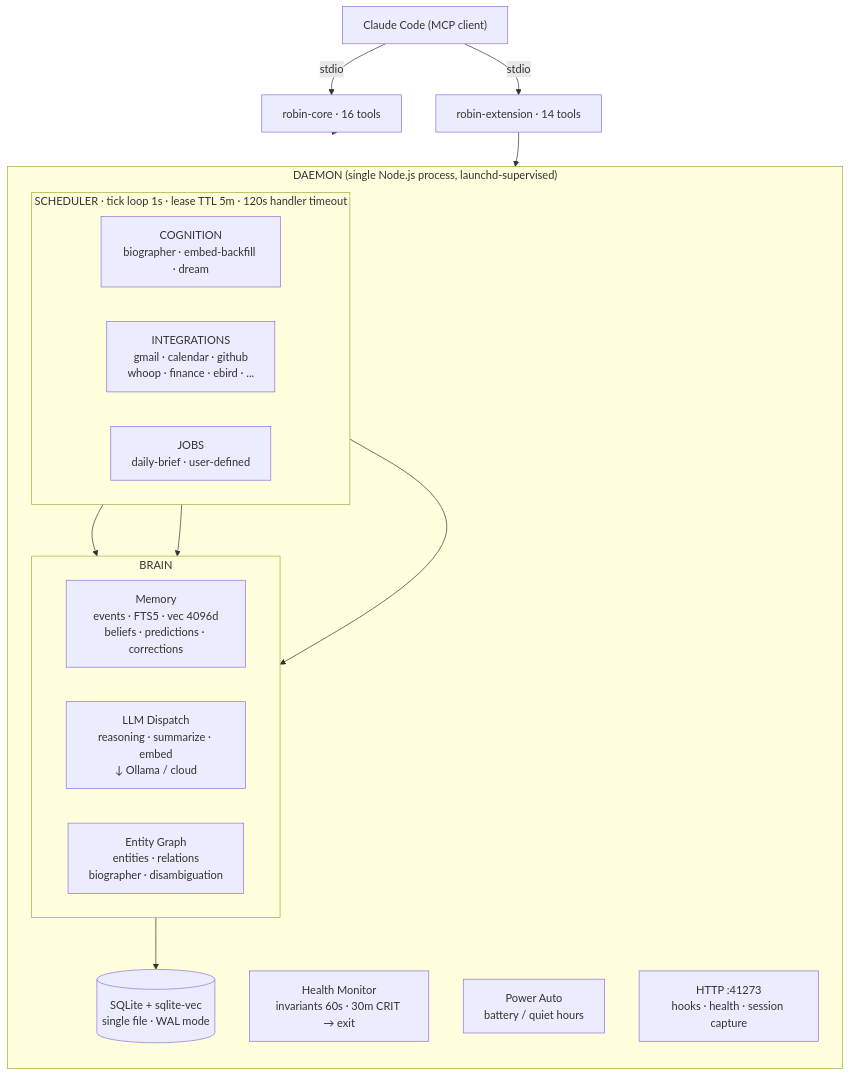
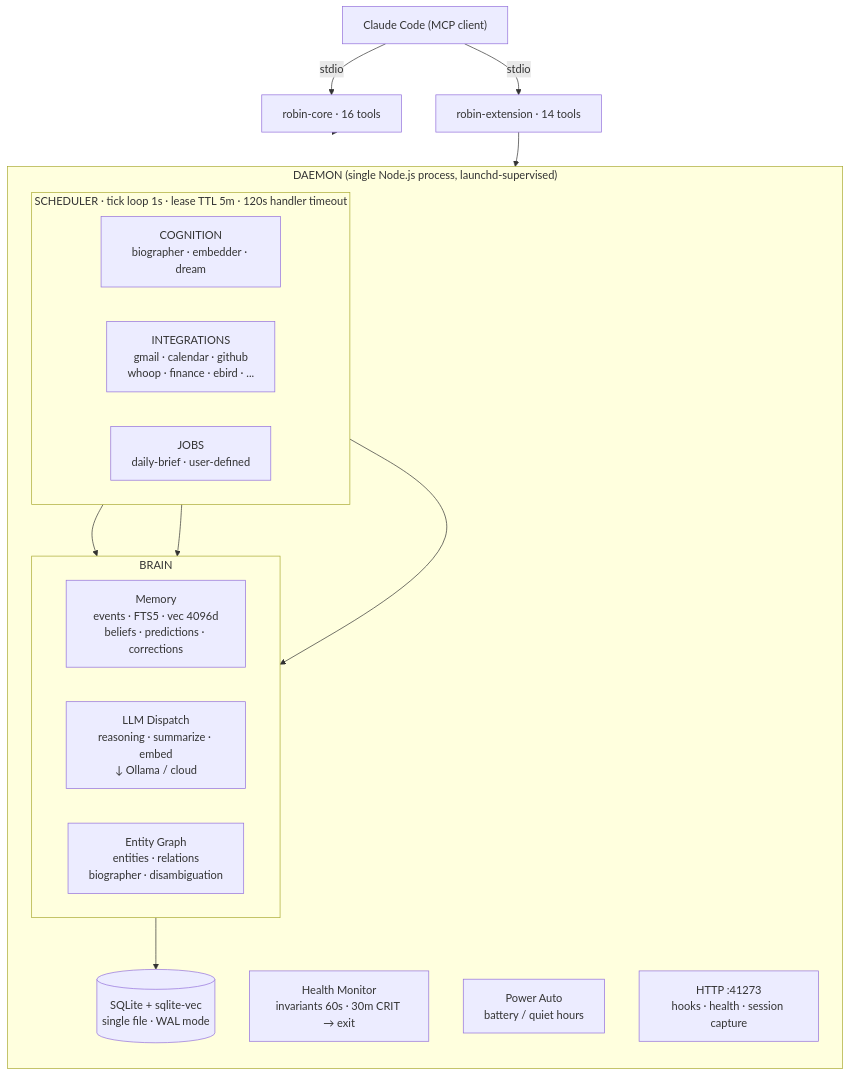
The diagram in README.md (kevinkiklee/robin-assistant), drawn with Mermaid before and after one commit. The commit also changed other lines of this file and 13 other files, not shown here.

First line of the commit message:
refactor: rename embed-backfill → embedder across package

````diff
--- a/README.md
+++ b/README.md
@@ -30,36 +30,36 @@
 ```mermaid
 graph TD
     CC["Claude Code (MCP client)"] -->|stdio| Core["robin-core · 16 tools"]
     CC -->|stdio| Ext["robin-extension · 14 tools"]
 
     subgraph Daemon["DAEMON (single Node.js process, launchd-supervised)"]
         direction TB
 
         subgraph Scheduler["SCHEDULER · tick loop 1s · lease TTL 5m · 120s handler timeout"]
             direction LR
-            Cog["COGNITION<br/>biographer · embed-backfill · dream"]
+            Cog["COGNITION<br/>biographer · embedder · dream"]
             Int["INTEGRATIONS<br/>gmail · calendar · github<br/>whoop · finance · ebird · ..."]
             Jobs["JOBS<br/>daily-brief · user-defined"]
         end
 
         subgraph Brain["BRAIN"]
             direction LR
             Mem["Memory<br/>events · FTS5 · vec 4096d<br/>beliefs · predictions · corrections"]
             LLM["LLM Dispatch<br/>reasoning · summarize · embed<br/>↓ Ollama / cloud"]
             Graph["Entity Graph<br/>entities · relations<br/>biographer · disambiguation"]
         end
 
         DB[("SQLite + sqlite-vec<br/>single file · WAL mode")]
 
         Health["Health Monitor<br/>invariants 60s · 30m CRIT → exit"]
         Power["Power Auto<br/>battery / quiet hours"]
         HTTP["HTTP :41273<br/>hooks · health · session capture"]
     end
 
     Core --> Scheduler
     Ext --> Scheduler
     Cog --> Brain
     Int --> Brain
     Jobs --> Brain
     Brain --> DB
 ```
````
